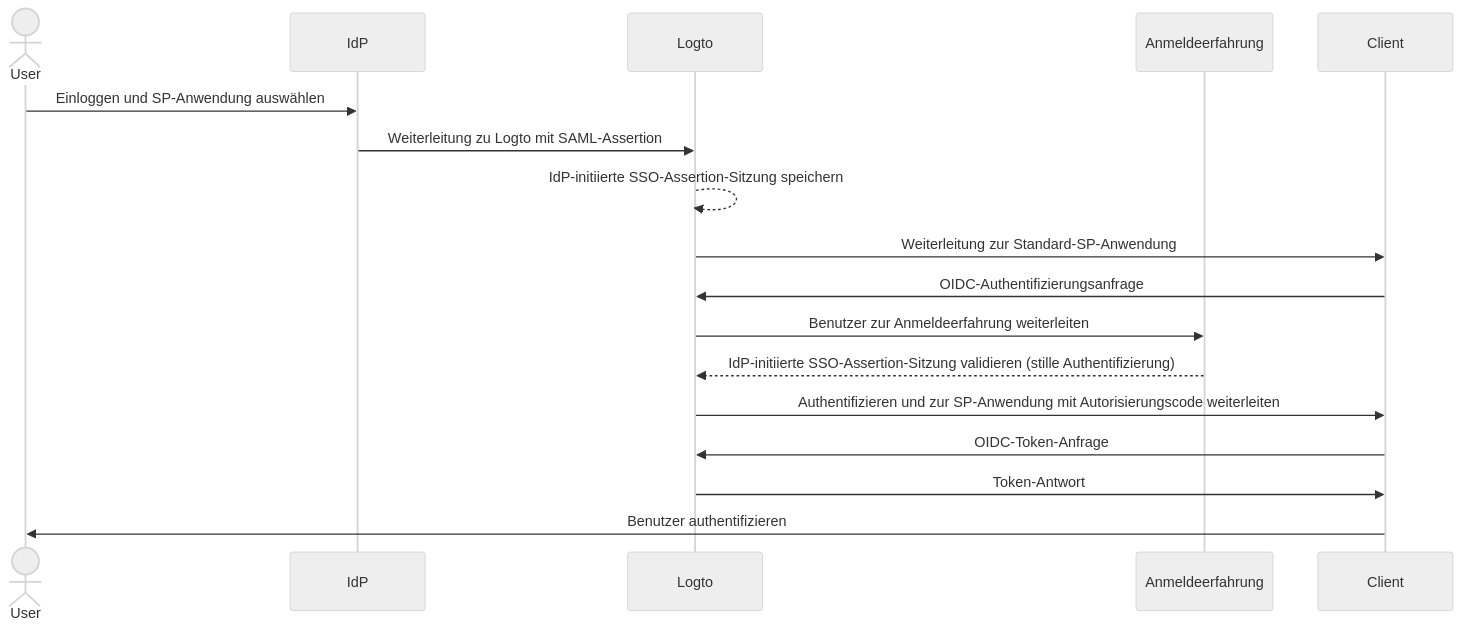
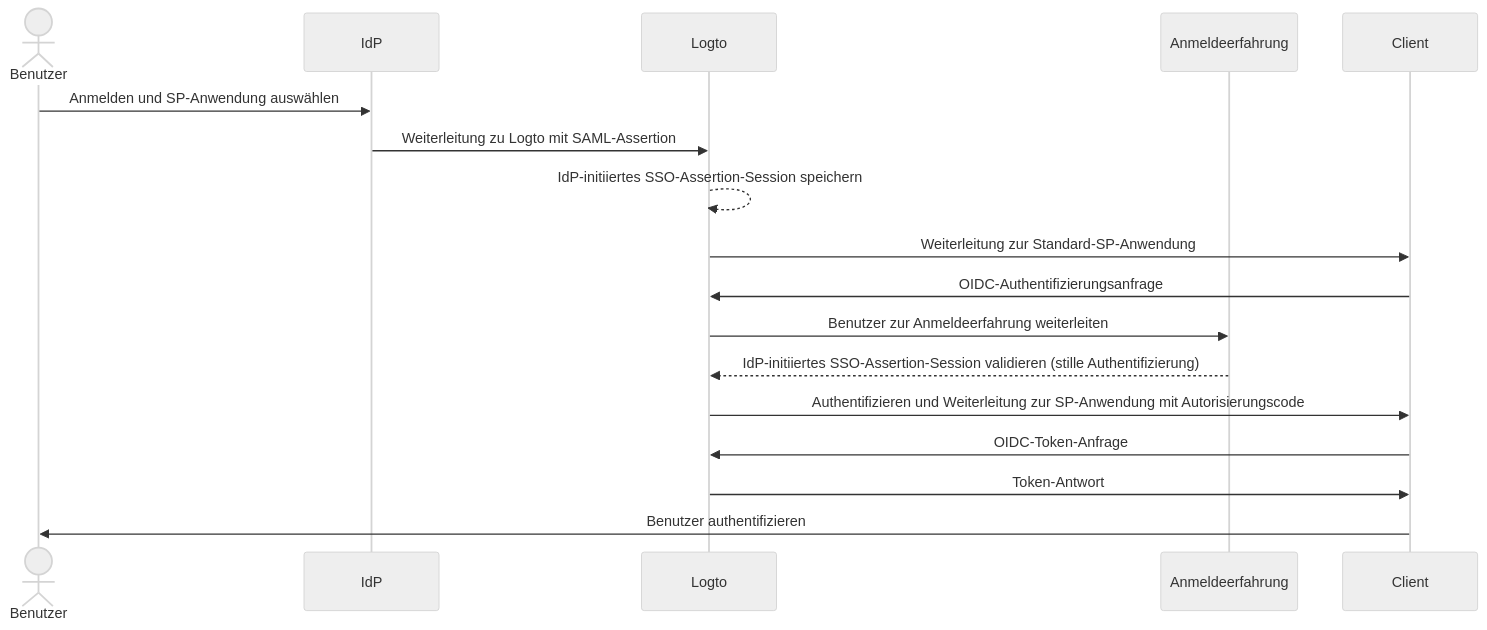
Before and after one commit to logto-io/docs: the first of 2 diagrams in i18n/de/docusaurus-plugin-content-docs/current/end-user-flows/enterprise-sso/idp-initiated-sso.mdx, drawn with Mermaid (neutral theme). The commit also changed other lines of this file and 666 other files, not shown here.

````diff
--- a/i18n/de/docusaurus-plugin-content-docs/current/end-user-flows/enterprise-sso/idp-initiated-sso.mdx
+++ b/i18n/de/docusaurus-plugin-content-docs/current/end-user-flows/enterprise-sso/idp-initiated-sso.mdx
@@ -60,20 +60,20 @@
 ```mermaid
 sequenceDiagram
-    actor User
+    actor Benutzer
     participant IdP as IdP
     participant Logto as Logto
     participant Experience as Anmeldeerfahrung
     participant SP as Client
 
-    User->>IdP: Einloggen und SP-Anwendung auswählen
+    Benutzer->>IdP: Anmelden und SP-Anwendung auswählen
     IdP->>Logto: Weiterleitung zu Logto mit SAML-Assertion
-    Logto-->>Logto: IdP-initiierte SSO-Assertion-Sitzung speichern
+    Logto-->>Logto: IdP-initiiertes SSO-Assertion-Session speichern
     Logto->>SP: Weiterleitung zur Standard-SP-Anwendung
     SP->>Logto: OIDC-Authentifizierungsanfrage
     Logto->>Experience: Benutzer zur Anmeldeerfahrung weiterleiten
-    Experience-->>Logto: IdP-initiierte SSO-Assertion-Sitzung validieren (stille Authentifizierung)
-    Logto->>SP: Authentifizieren und zur SP-Anwendung mit Autorisierungscode weiterleiten
+    Experience-->>Logto: IdP-initiiertes SSO-Assertion-Session validieren (stille Authentifizierung)
+    Logto->>SP: Authentifizieren und Weiterleitung zur SP-Anwendung mit Autorisierungscode
     SP->>Logto: OIDC-Token-Anfrage
     Logto->>SP: Token-Antwort
-    SP->>User: Benutzer authentifizieren
+    SP->>Benutzer: Benutzer authentifizieren
 ```
````
